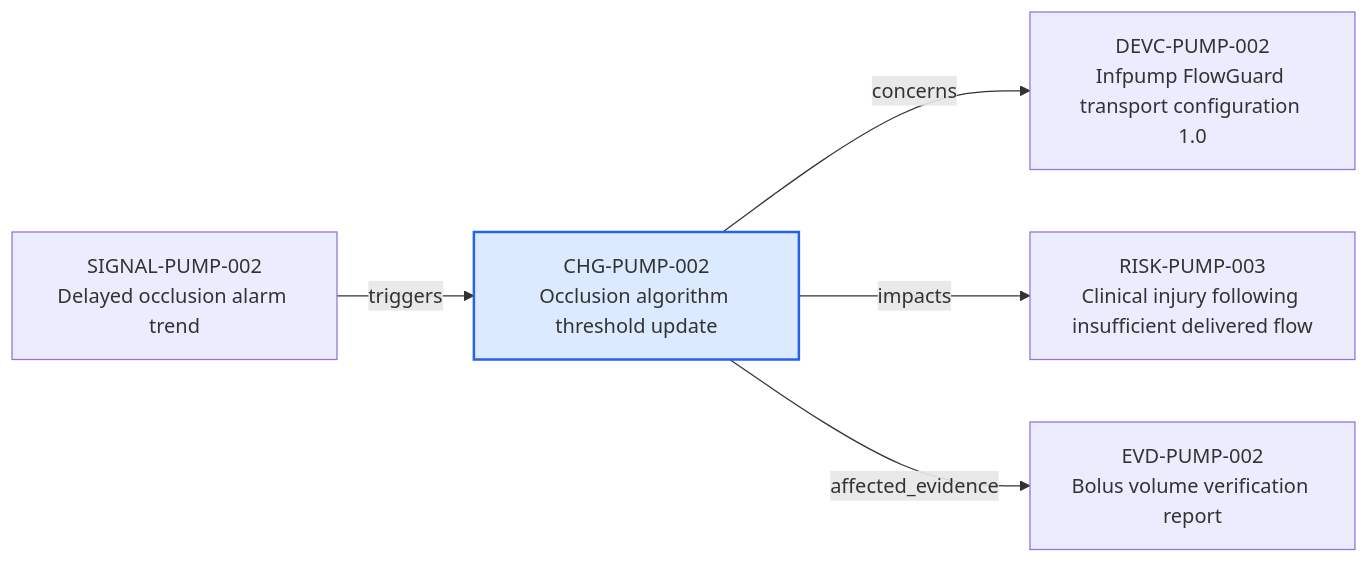
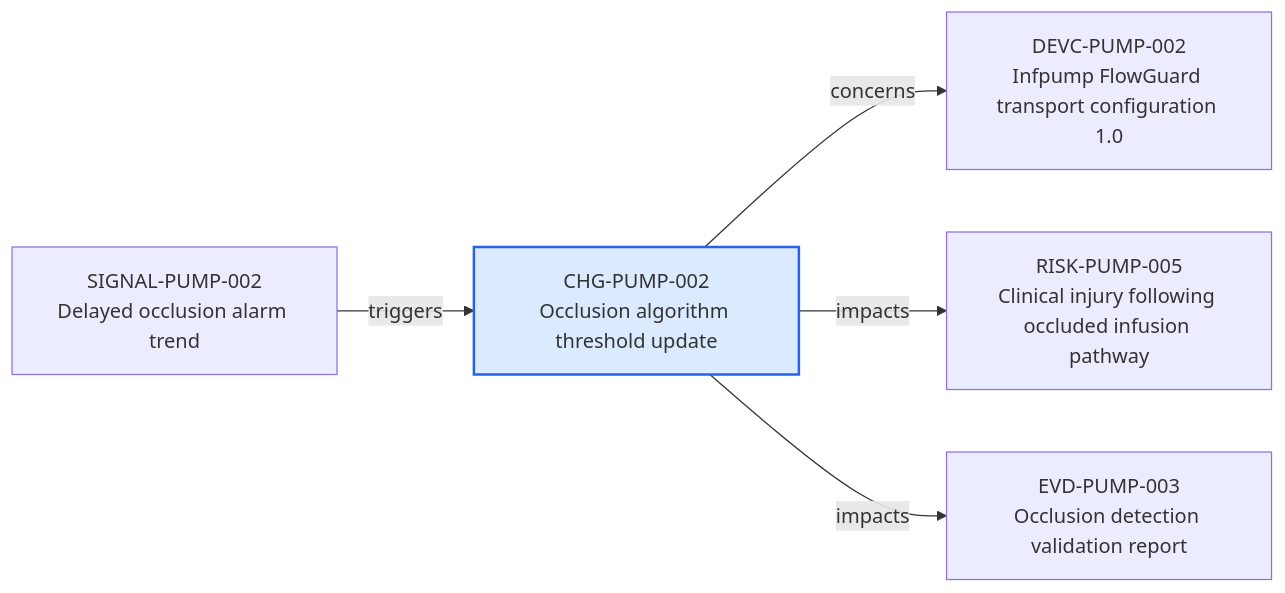
One commit to mvattulainen/mdrontology changed the diagram in content/06-Infpump FlowGuard ontology notes/change/CHG-PUMP-002-occlusion-algorithm-threshold-update.md. Above: the diagram before and after it, drawn with Mermaid. The commit also changed other lines of this file and 321 other files, not shown here.

Commit message:
Implement Mermaid ontology audit findings

````diff
--- a/content/06-Infpump FlowGuard ontology notes/change/CHG-PUMP-002-occlusion-algorithm-threshold-update.md
+++ b/content/06-Infpump FlowGuard ontology notes/change/CHG-PUMP-002-occlusion-algorithm-threshold-update.md
@@ -81,14 +80,14 @@
 ```mermaid
 flowchart LR
   CURRENT["CHG-PUMP-002<br/>Occlusion algorithm threshold update"]
   PREV0["SIGNAL-PUMP-002<br/>Delayed occlusion alarm trend"]
   PREV0 -->|"triggers"| CURRENT
   NEXT0["DEVC-PUMP-002<br/>Infpump FlowGuard transport configuration 1.0"]
   CURRENT -->|"concerns"| NEXT0
-  NEXT1["RISK-PUMP-003<br/>Clinical injury following insufficient delivered flow"]
+  NEXT1["RISK-PUMP-005<br/>Clinical injury following occluded infusion pathway"]
   CURRENT -->|"impacts"| NEXT1
-  NEXT2["EVD-PUMP-002<br/>Bolus volume verification report"]
-  CURRENT -->|"affected_evidence"| NEXT2
+  NEXT2["EVD-PUMP-003<br/>Occlusion detection validation report"]
+  CURRENT -->|"impacts"| NEXT2
   classDef current fill:#dbeafe,stroke:#2563eb,stroke-width:2px
   class CURRENT current
 ```
````
